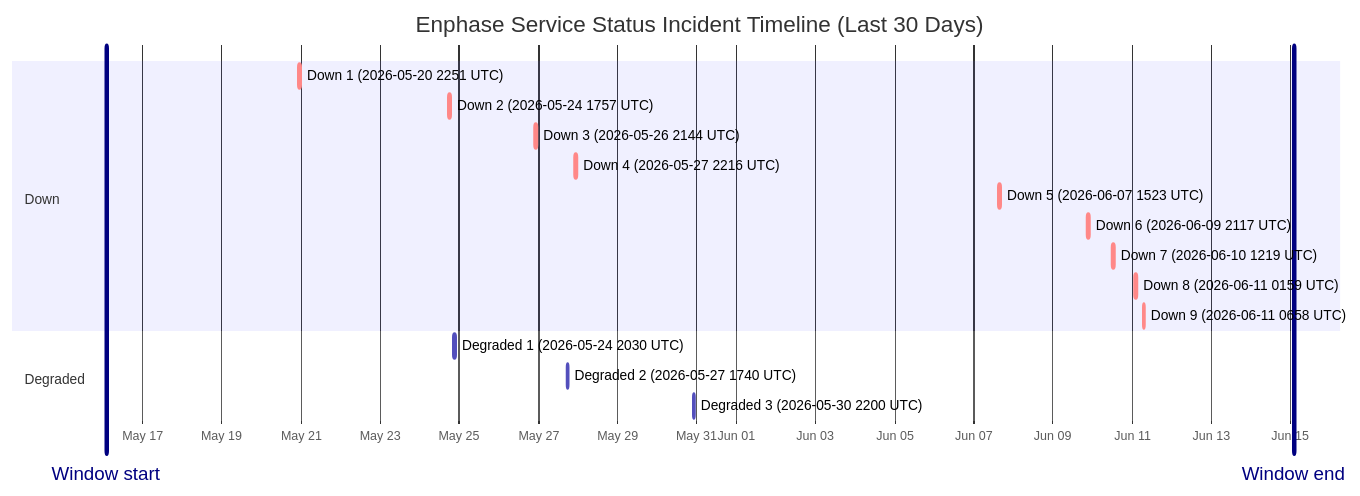
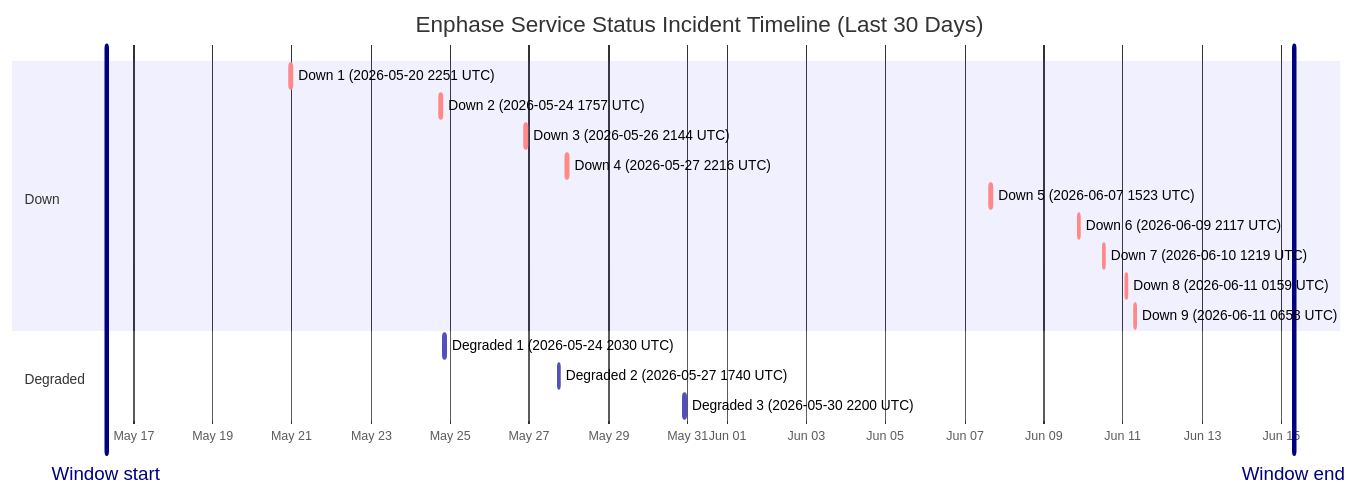
One commit to barneyonline/ha-enphase-energy changed the diagram in wiki/Service-Status-History.md. Above: the diagram before and after it, drawn with Mermaid. The commit also changed other lines of this file and 3 other files, not shown here.

````diff
--- a/wiki/Service-Status-History.md
+++ b/wiki/Service-Status-History.md
@@ -14,22 +14,22 @@
 ```mermaid
 gantt
     title Enphase Service Status Incident Timeline (Last 30 Days)
     dateFormat  YYYY-MM-DDTHH:mm:ss
     axisFormat  %b %d
-    Window start :vert, window-start, 2026-05-16T01:59:47, 0ms
-    Window end :vert, window-end, 2026-06-15T01:59:47, 0ms
+    Window start :vert, window-start, 2026-05-16T07:30:55, 0ms
+    Window end :vert, window-end, 2026-06-15T07:30:55, 0ms
     section Down
     Down 1 (2026-05-20 2251 UTC) :crit, down-1, 2026-05-20T22:51:14, 75m
     Down 2 (2026-05-24 1757 UTC) :crit, down-2, 2026-05-24T17:57:41, 86m
     Down 3 (2026-05-26 2144 UTC) :crit, down-3, 2026-05-26T21:44:11, 85m
     Down 4 (2026-05-27 2216 UTC) :crit, down-4, 2026-05-27T22:16:53, 87m
     Down 5 (2026-06-07 1523 UTC) :crit, down-5, 2026-06-07T15:23:22, 87m
     Down 6 (2026-06-09 2117 UTC) :crit, down-6, 2026-06-09T21:17:17, 60m
     Down 7 (2026-06-10 1219 UTC) :crit, down-7, 2026-06-10T12:19:21, 60m
     Down 8 (2026-06-11 0159 UTC) :crit, down-8, 2026-06-11T01:59:36, 60m
     Down 9 (2026-06-11 0658 UTC) :crit, down-9, 2026-06-11T06:58:45, 60m
     section Degraded
     Degraded 1 (2026-05-24 2030 UTC) :active, degraded-1, 2026-05-24T20:30:57, 84m
     Degraded 2 (2026-05-27 1740 UTC) :active, degraded-2, 2026-05-27T17:40:52, 60m
     Degraded 3 (2026-05-30 2200 UTC) :active, degraded-3, 2026-05-30T22:00:37, 60m
 ```
````
